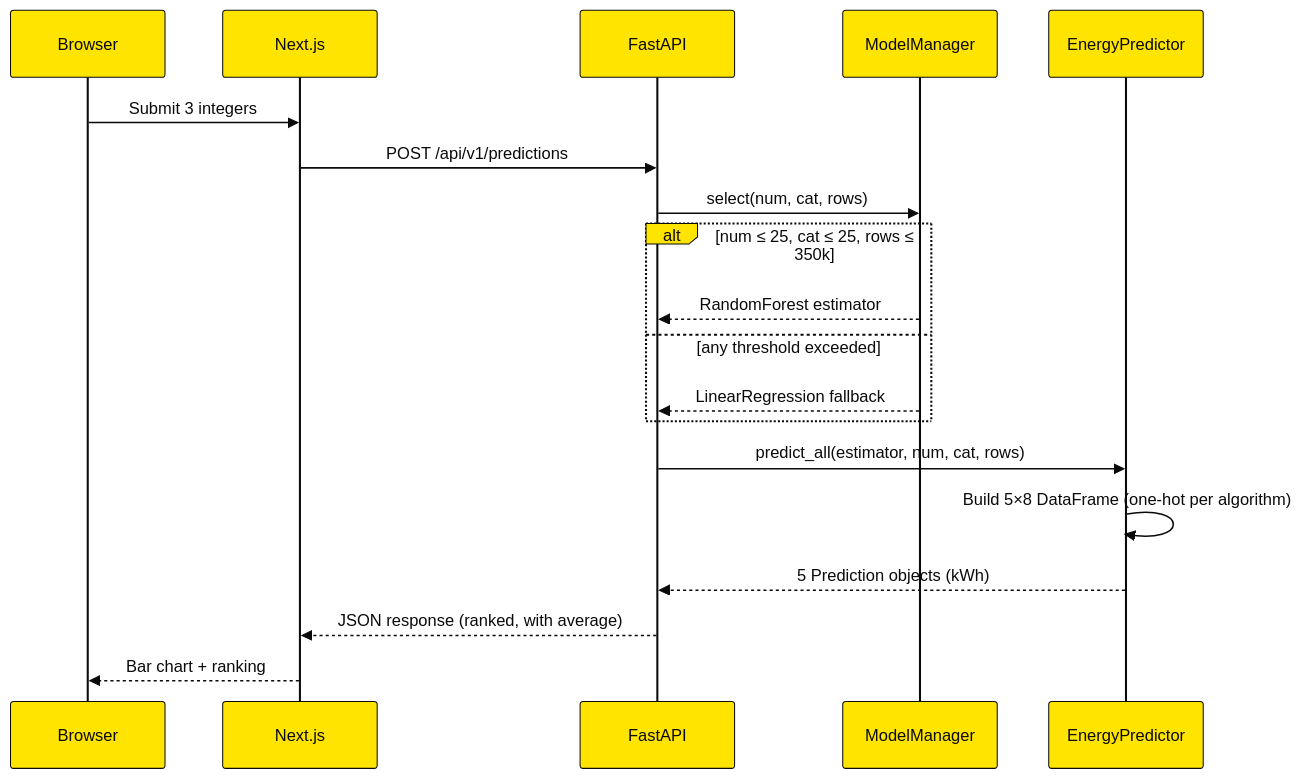
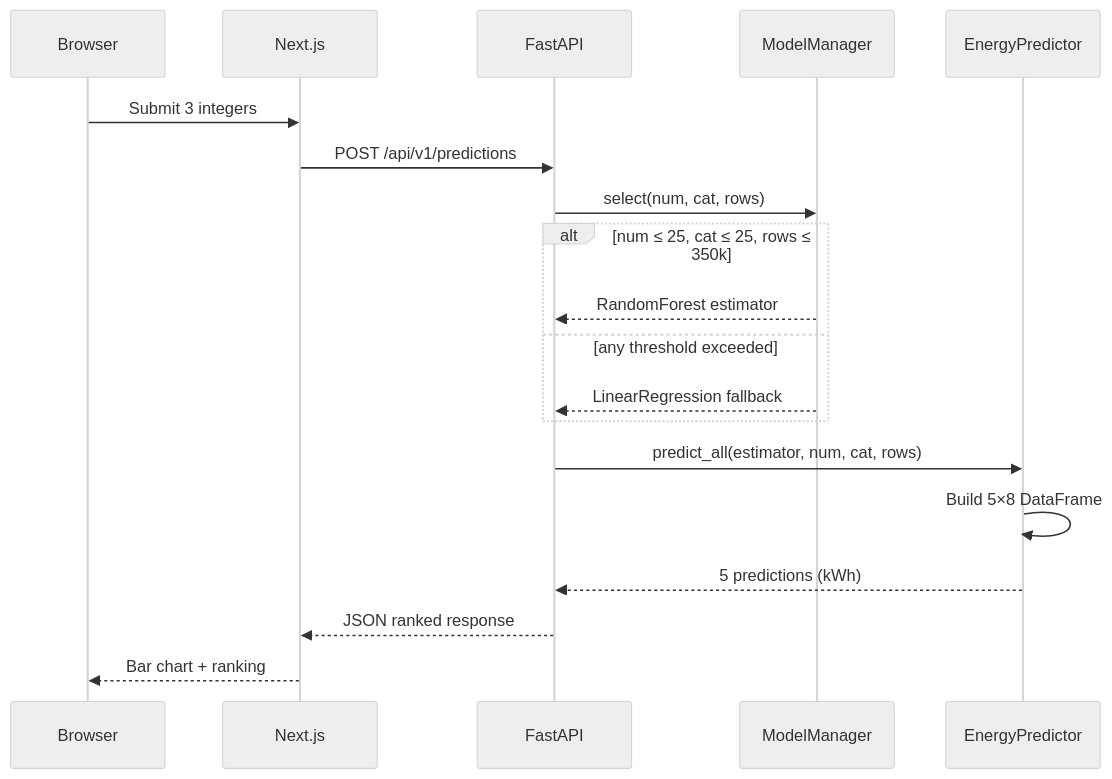
The second of 3 diagrams in docs/ARCHITECTURE.md (lukasgro63/hollerithengeryml), drawn with Mermaid before and after one commit. The commit also changed other lines of this file and 2 other files, not shown here.

First line of the commit message:
Simplify Mermaid diagrams to neutral handDrawn theme

````diff
--- a/docs/ARCHITECTURE.md
+++ b/docs/ARCHITECTURE.md
@@ -52,23 +45,23 @@
 ```mermaid
-%%{init: {'look': 'handDrawn', 'theme': 'base', 'themeVariables': {'primaryColor': '#FFE400', 'primaryTextColor': '#0a0a0a', 'primaryBorderColor': '#0a0a0a', 'lineColor': '#0a0a0a', 'secondaryColor': '#f5f5f0'}}}%%
+%%{init: {'look': 'handDrawn', 'theme': 'neutral'}}%%
 sequenceDiagram
     participant U as Browser
     participant W as Next.js
     participant A as FastAPI
     participant M as ModelManager
     participant P as EnergyPredictor
 
     U->>W: Submit 3 integers
     W->>A: POST /api/v1/predictions
     A->>M: select(num, cat, rows)
     alt num ≤ 25, cat ≤ 25, rows ≤ 350k
         M-->>A: RandomForest estimator
     else any threshold exceeded
         M-->>A: LinearRegression fallback
     end
     A->>P: predict_all(estimator, num, cat, rows)
-    P->>P: Build 5×8 DataFrame (one-hot per algorithm)
-    P-->>A: 5 Prediction objects (kWh)
-    A-->>W: JSON response (ranked, with average)
+    P->>P: Build 5×8 DataFrame
+    P-->>A: 5 predictions (kWh)
+    A-->>W: JSON ranked response
     W-->>U: Bar chart + ranking
 ```
````
